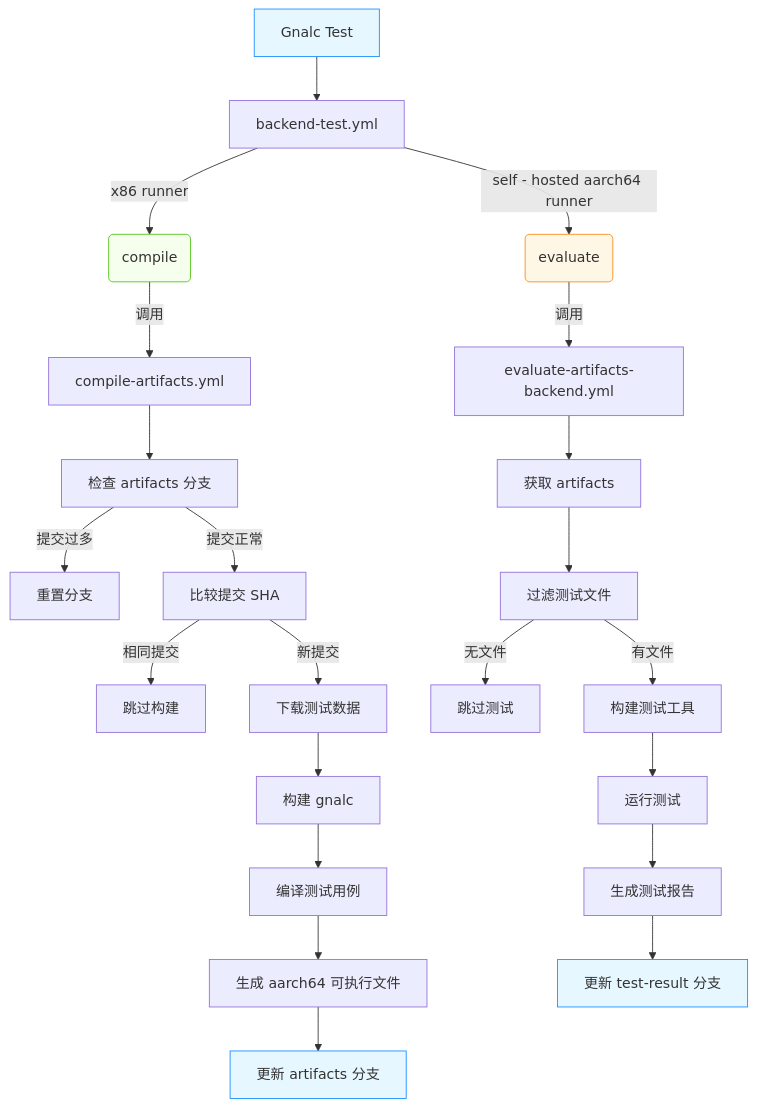
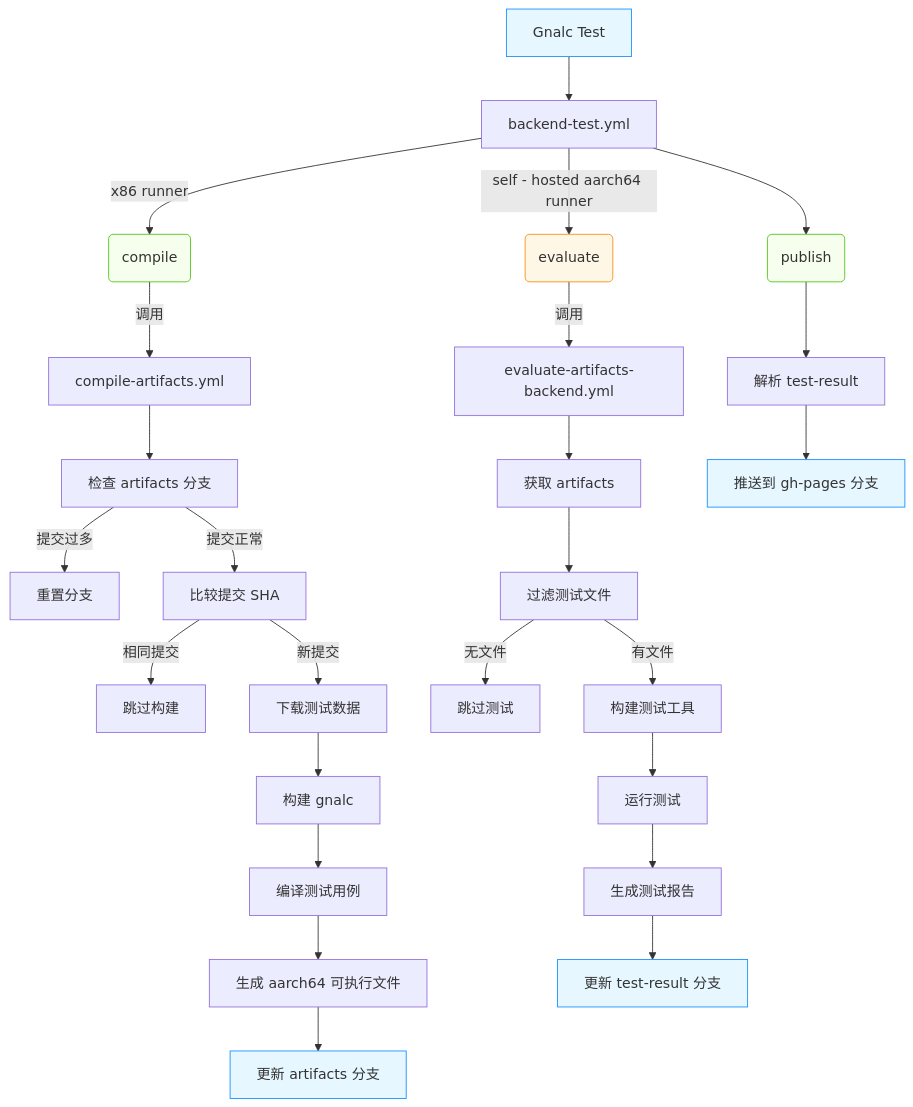
Before and after one commit to 0x676e616c63/gnalc: diagram 20 of 20 in README.md, drawn with Mermaid. The commit also changed other lines of this file and 1 other file, not shown here.

````diff
--- a/README.md
+++ b/README.md
@@ -937,32 +982,38 @@
 ```mermaid
 graph TD
     Start[Gnalc Test] --> A
     A[backend-test.yml] -->|x86 runner| B(compile)
     A -->|self - hosted aarch64 runner| C(evaluate)
+    A --> V(publish)
     B -->|调用| D[compile-artifacts.yml]
     D --> E[检查 artifacts 分支]
     E -->|提交过多| F[重置分支]
     E -->|提交正常| G[比较提交 SHA]
     G -->|相同提交| H[跳过构建]
     G -->|新提交| I[下载测试数据]
     I --> J[构建 gnalc]
     J --> K[编译测试用例]
     K --> L[生成 aarch64 可执行文件]
     L --> M[更新 artifacts 分支]
     C -->|调用| N[evaluate-artifacts-backend.yml]
     N --> O[获取 artifacts]
     O --> P[过滤测试文件]
     P -->|无文件| Q[跳过测试]
     P -->|有文件| R[构建测试工具]
     R --> S[运行测试]
     S --> T[生成测试报告]
     T --> U[更新 test-result 分支]
+    V --> W[解析 test-result]
+    W --> X[推送到 gh-pages 分支]
     classDef main fill: #e6f7ff, stroke: #1890ff
     classDef compile fill: #f6ffed, stroke: #52c41a
     classDef eval fill: #fff7e6, stroke: #fa8c16
+    classDef publish fill: #f6ffed, stroke: #52c41a
     class Start main
     class B compile
     class C eval
+    class V publish
     class U main
+    class X main
     class M main
 ```
````
